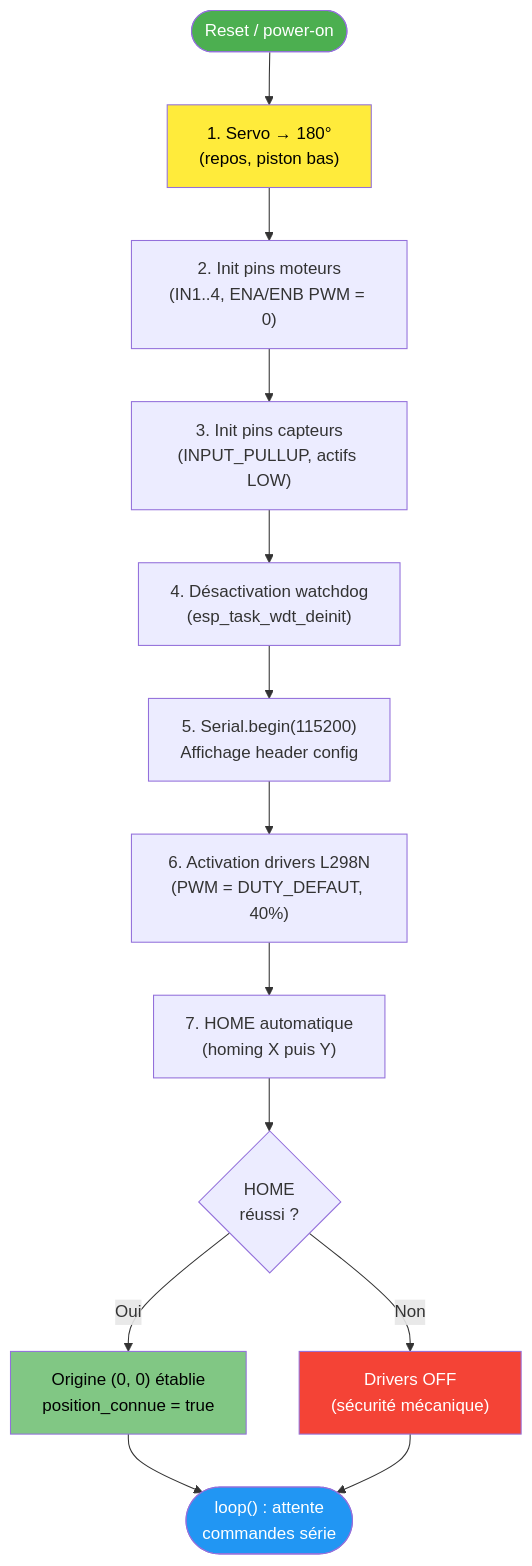
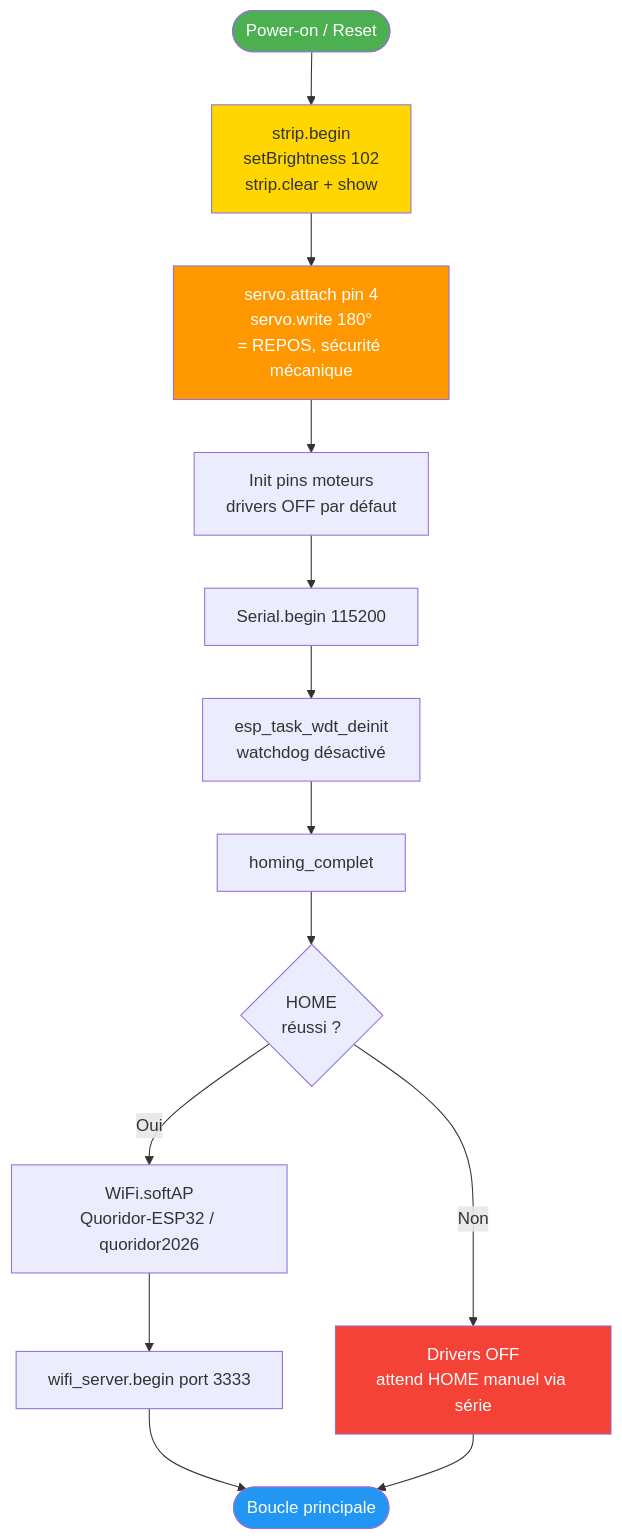
The first of 4 diagrams in docs/flowcharts/05_firmware_esp32.md (Silou1/Projet_mecatronique_I3), drawn with Mermaid before and after one commit. The commit also changed other lines of this file and 20 other files, not shown here.

````diff
--- a/docs/flowcharts/05_firmware_esp32.md
+++ b/docs/flowcharts/05_firmware_esp32.md
@@ -40,21 +18,23 @@
 ```mermaid
 flowchart TD
-    BOOT(["Reset / power-on"]) --> S1["1. Servo → 180°<br/>(repos, piston bas)"]
-    S1 --> S2["2. Init pins moteurs<br/>(IN1..4, ENA/ENB PWM = 0)"]
-    S2 --> S3["3. Init pins capteurs<br/>(INPUT_PULLUP, actifs LOW)"]
-    S3 --> S4["4. Désactivation watchdog<br/>(esp_task_wdt_deinit)"]
-    S4 --> S5["5. Serial.begin(115200)<br/>Affichage header config"]
-    S5 --> S6["6. Activation drivers L298N<br/>(PWM = DUTY_DEFAUT, 40%)"]
-    S6 --> S7["7. HOME automatique<br/>(homing X puis Y)"]
-    S7 --> S8{"HOME<br/>réussi ?"}
-    S8 -->|Oui| READY["Origine (0, 0) établie<br/>position_connue = true"]
-    S8 -->|Non| FAIL["Drivers OFF<br/>(sécurité mécanique)"]
-    READY --> WAIT(["loop() : attente<br/>commandes série"])
-    FAIL --> WAIT
+    POWER([Power-on / Reset]) --> LED_INIT[strip.begin<br/>setBrightness 102<br/>strip.clear + show]
+    LED_INIT --> SERVO_INIT[servo.attach pin 4<br/>servo.write 180°<br/>= REPOS, sécurité mécanique]
+    SERVO_INIT --> PIN_INIT[Init pins moteurs<br/>drivers OFF par défaut]
+    PIN_INIT --> SERIAL_INIT[Serial.begin 115200]
+    SERIAL_INIT --> WD_OFF[esp_task_wdt_deinit<br/>watchdog désactivé]
+    WD_OFF --> HOME[homing_complet]
 
-    style BOOT fill:#4CAF50,color:#fff
-    style S1 fill:#FFEB3B,color:#000
-    style FAIL fill:#f44336,color:#fff
-    style READY fill:#81C784,color:#000
-    style WAIT fill:#2196F3,color:#fff
+    HOME --> HOME_OK{HOME<br/>réussi ?}
+    HOME_OK -->|Oui| AP[WiFi.softAP<br/>Quoridor-ESP32 / quoridor2026]
+    HOME_OK -->|Non| HOME_FAIL[Drivers OFF<br/>attend HOME manuel via série]
+
+    AP --> TCP[wifi_server.begin port 3333]
+    TCP --> LOOP([Boucle principale])
+    HOME_FAIL --> LOOP
+
+    style POWER fill:#4CAF50,color:#fff
+    style LOOP fill:#2196F3,color:#fff
+    style LED_INIT fill:#FFD600
+    style SERVO_INIT fill:#FF9800,color:#fff
+    style HOME_FAIL fill:#f44336,color:#fff
 ```
````
